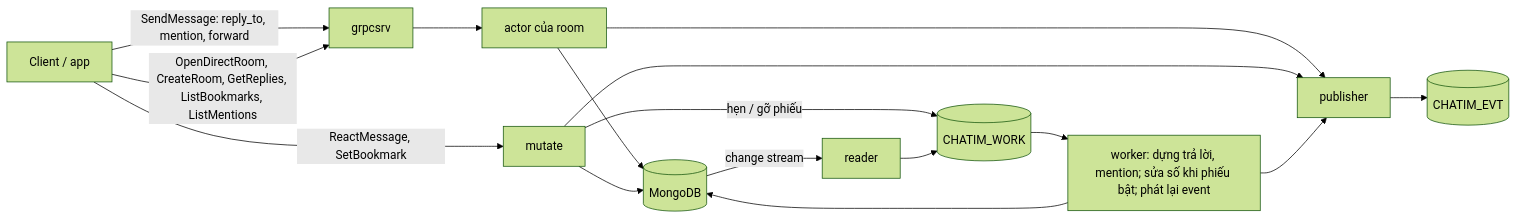
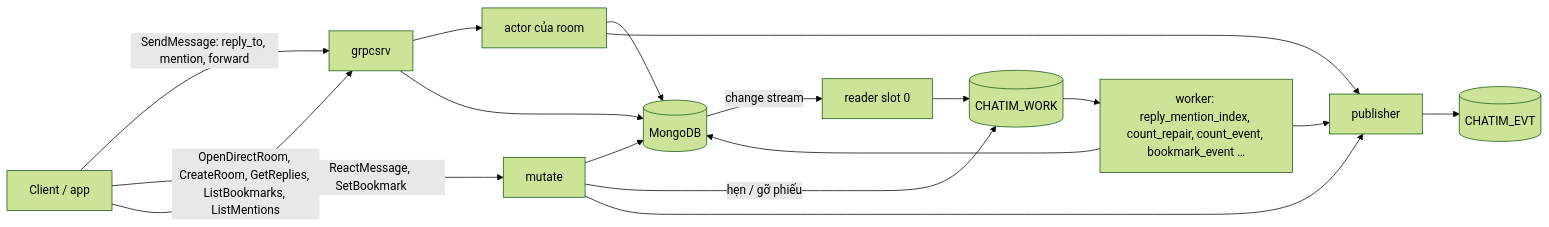
Before and after one commit to ivannguyendev/chatim: the first of 3 diagrams in docs/plans/2026-10-10-m2c-threads-mentions-summary.md, drawn with Mermaid (forest theme). The commit also changed other lines of this file and 6 other files, not shown here.

````diff
--- a/docs/plans/2026-10-10-m2c-threads-mentions-summary.md
+++ b/docs/plans/2026-10-10-m2c-threads-mentions-summary.md
@@ -46,13 +48,14 @@
 ```mermaid
 flowchart LR
   C[Client / app] -->|SendMessage: reply_to, mention, forward| G[grpcsrv]
   C -->|ReactMessage, SetBookmark| MU[mutate]
   C -->|OpenDirectRoom, CreateRoom, GetReplies, ListBookmarks, ListMentions| G
   G --> A[actor của room] --> M[(MongoDB)]
+  G --> M
   MU --> M
   MU -->|hẹn / gỡ phiếu| W[(CHATIM_WORK)]
-  M -->|change stream| R[reader] --> W
-  W --> WK[worker: dựng trả lời, mention; sửa số khi phiếu bật; phát lại event]
+  M -->|change stream| R[reader slot 0] --> W
+  W --> WK[worker: reply_mention_index, count_repair, count_event, bookmark_event …]
   WK --> M
   A & MU & WK --> P[publisher] --> E[(CHATIM_EVT)]
 ```
````
